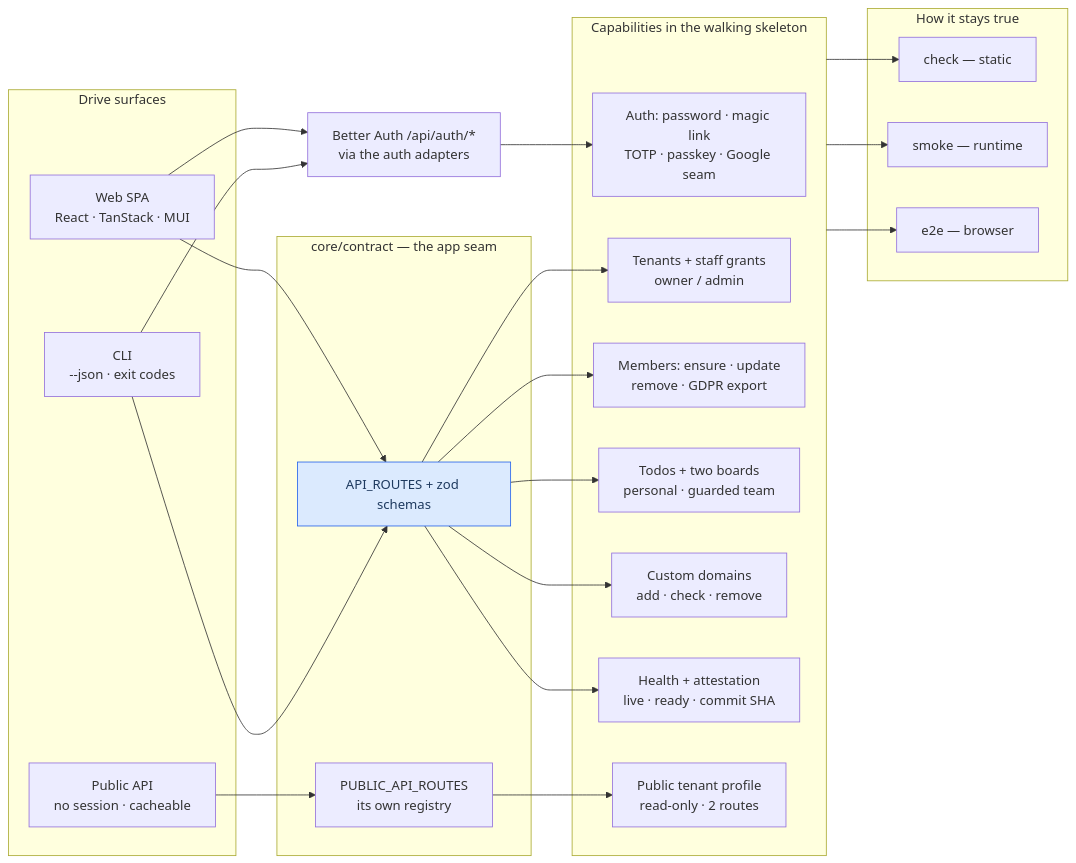
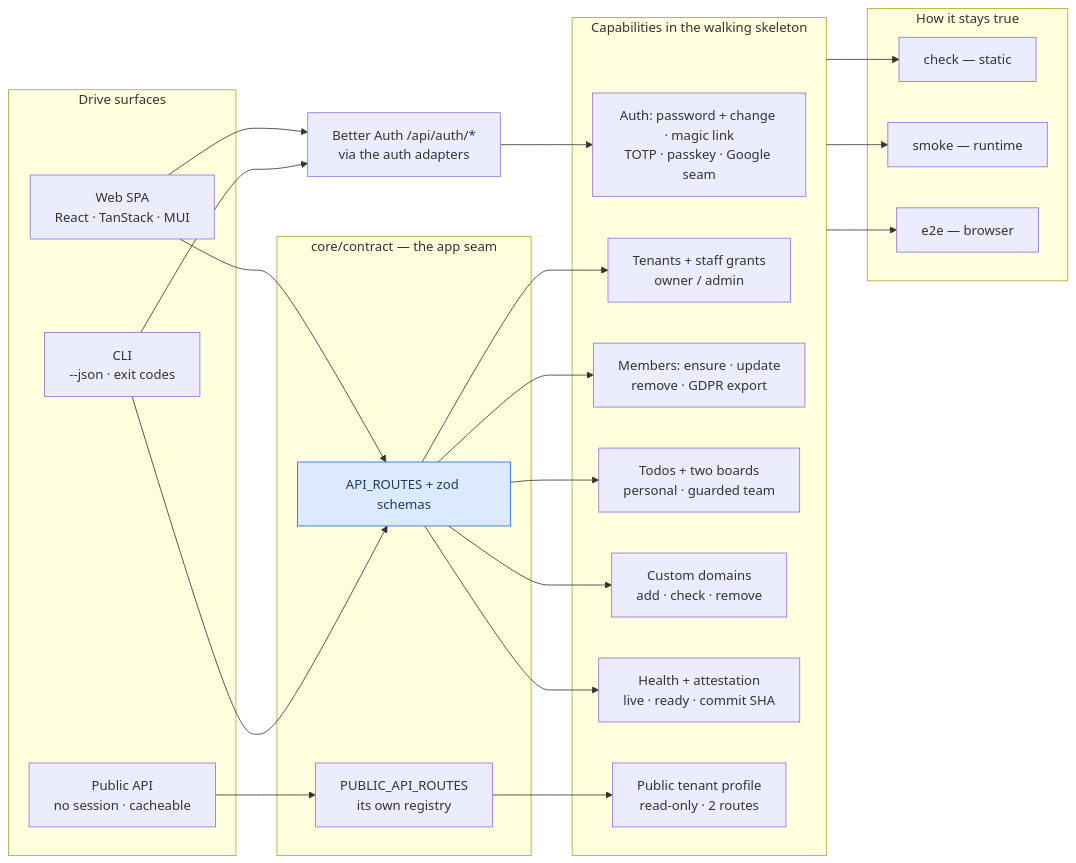
The second of 2 diagrams in website/docs/start/landing.md (chomamateusz/agentproofarch), drawn with Mermaid before and after one commit. The commit also changed other lines of this file and 24 other files, not shown here.

````diff
--- a/website/docs/start/landing.md
+++ b/website/docs/start/landing.md
@@ -177,51 +177,51 @@
 ```mermaid
 graph LR
   subgraph surfaces["Drive surfaces"]
     web["Web SPA<br/>React · TanStack · MUI"]
     cli["CLI<br/>--json · exit codes"]
     pub["Public API<br/>no session · cacheable"]
   end
 
   subgraph seam["core/contract — the app seam"]
     routes["API_ROUTES + zod schemas"]
     publicRoutes["PUBLIC_API_ROUTES<br/>its own registry"]
   end
 
   authRoutes["Better Auth /api/auth/*<br/>via the auth adapters"]
 
   subgraph caps["Capabilities in the walking skeleton"]
-    auth["Auth: password · magic link<br/>TOTP · passkey · Google seam"]
+    auth["Auth: password + change · magic link<br/>TOTP · passkey · Google seam"]
     tenants["Tenants + staff grants<br/>owner / admin"]
     members["Members: ensure · update<br/>remove · GDPR export"]
     work["Todos + two boards<br/>personal · guarded team"]
     domains["Custom domains<br/>add · check · remove"]
     health["Health + attestation<br/>live · ready · commit SHA"]
     profile["Public tenant profile<br/>read-only · 2 routes"]
   end
 
   subgraph gates["How it stays true"]
     check["check — static"]
     smoke["smoke — runtime"]
     e2e["e2e — browser"]
   end
 
   web --> routes
   cli --> routes
   web --> authRoutes
   cli --> authRoutes
   pub --> publicRoutes
   authRoutes --> auth
   routes --> tenants
   routes --> members
   routes --> work
   routes --> domains
   routes --> health
   publicRoutes --> profile
 
   caps --> check
   caps --> smoke
   caps --> e2e
 
   classDef highlight fill:#dbeafe,stroke:#2563eb,color:#1e3a5f;
   class routes highlight;
 ```
````
